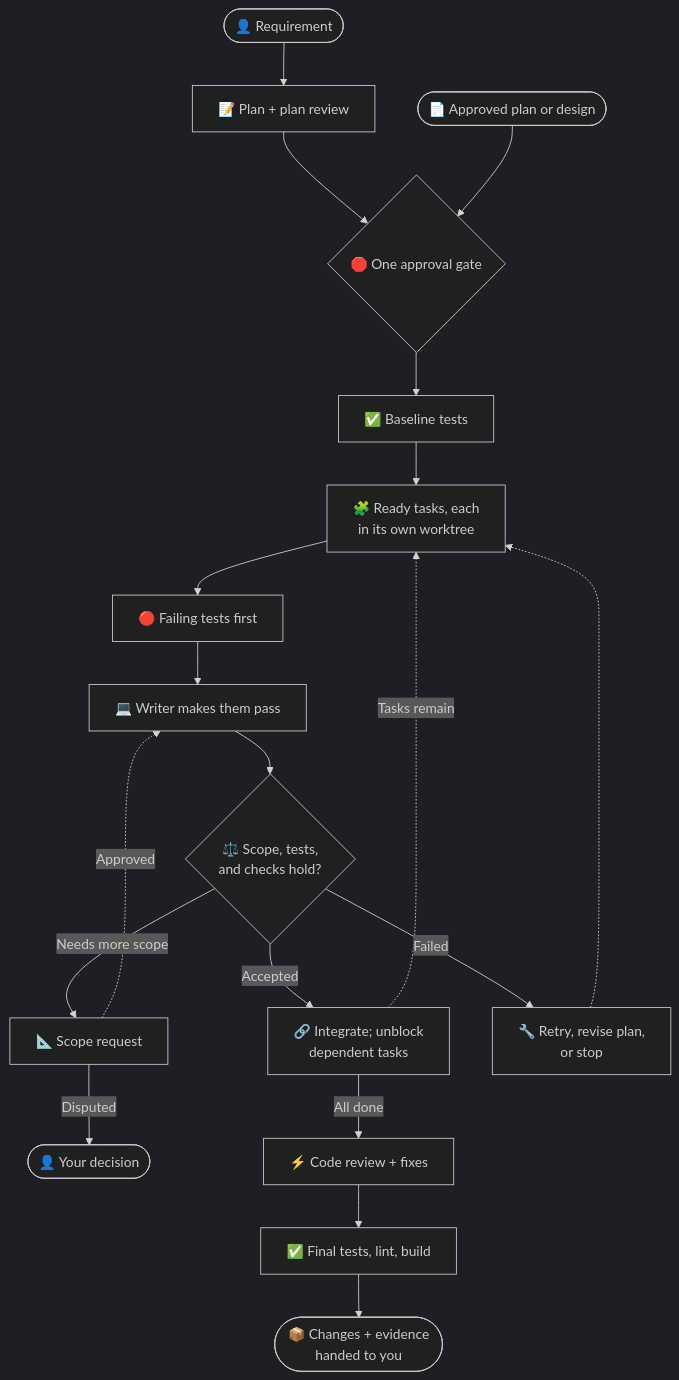
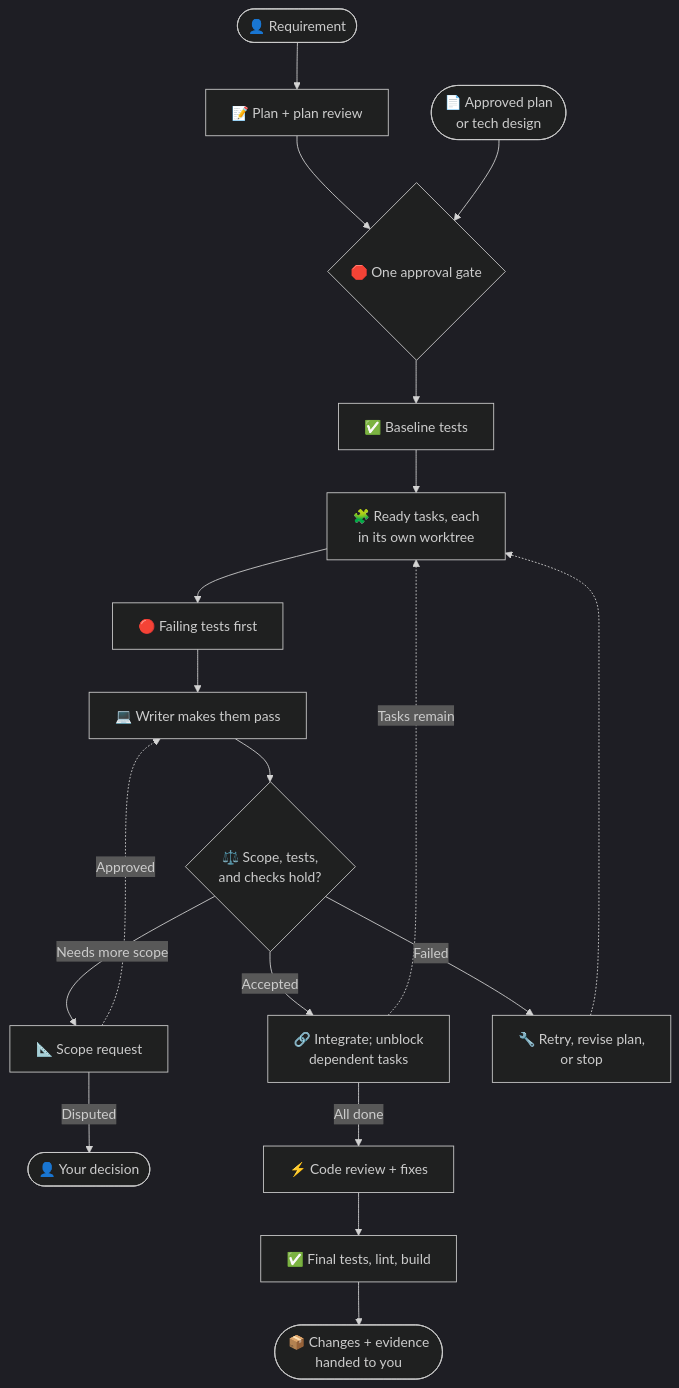
One commit to Gyunikuchan/dispatch-skills changed the diagram in skills/dispatch/references/readme/implement.md. Above: the diagram before and after it, drawn with Mermaid (dark theme). The commit also changed 4 other files, not shown here.

First line of the commit message:
docs: simplify README diagram and label design steps as tech design

````diff
--- a/skills/dispatch/references/readme/implement.md
+++ b/skills/dispatch/references/readme/implement.md
@@ -13,21 +13,21 @@
 ```mermaid
 flowchart TD
     User(["👤 Requirement"]) --> Plan["📝 Plan + plan review"]
     Plan --> Gate{"🛑 One approval gate"}
-    Artifact(["📄 Approved plan or design"]) --> Gate
+    Artifact(["📄 Approved plan<br/>or tech design"]) --> Gate
     Gate --> Baseline["✅ Baseline tests"]
     Baseline --> Tasks["🧩 Ready tasks, each<br/>in its own worktree"]
     Tasks --> Red["🔴 Failing tests first"]
     Red --> Green["💻 Writer makes them pass"]
     Green --> Accept{"⚖️ Scope, tests,<br/>and checks hold?"}
     Accept -->|Accepted| Integrate["🔗 Integrate; unblock<br/>dependent tasks"]
     Accept -->|Needs more scope| Scope["📐 Scope request"]
     Accept -->|Failed| Recover["🔧 Retry, revise plan,<br/>or stop"]
     Scope -.->|Approved| Green
     Scope -->|Disputed| Ask(["👤 Your decision"])
     Recover -.-> Tasks
     Integrate -.->|Tasks remain| Tasks
     Integrate -->|All done| CodeReview["⚡ Code review + fixes"]
     CodeReview --> Final["✅ Final tests, lint, build"]
     Final --> Handoff(["📦 Changes + evidence<br/>handed to you"])
 ```
````
